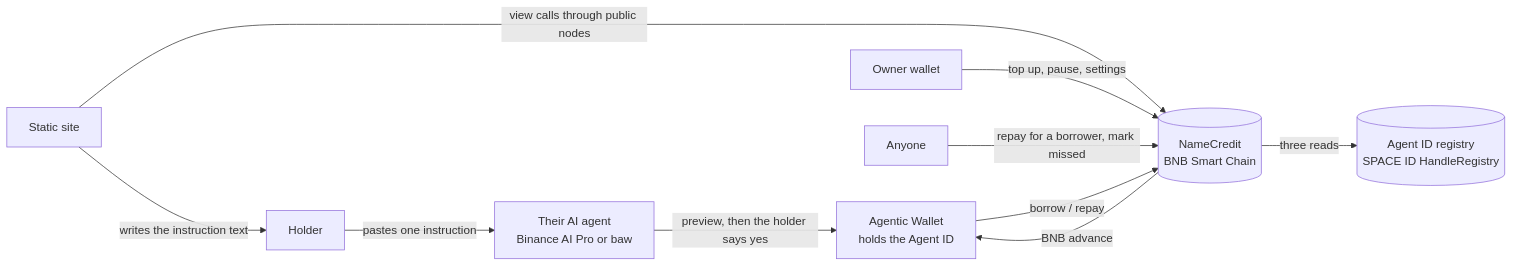
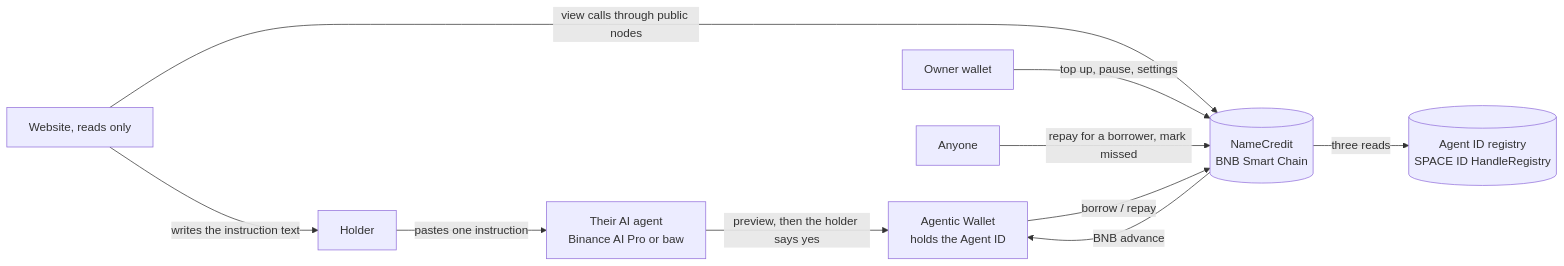
Before and after one commit to ramakrishnanhulk20/nan: the first of 3 diagrams in ARCHITECTURE.md, drawn with Mermaid. The commit also changed other lines of this file and 2 other files, not shown here.

Commit message:
Link the live site and describe it accurately

````diff
--- a/ARCHITECTURE.md
+++ b/ARCHITECTURE.md
@@ -7,12 +7,12 @@
 ```mermaid
 flowchart LR
   H[Holder] -->|pastes one instruction| A[Their AI agent<br/>Binance AI Pro or baw]
   A -->|preview, then the holder says yes| W[Agentic Wallet<br/>holds the Agent ID]
   W -->|borrow / repay| C[(NameCredit<br/>BNB Smart Chain)]
   C -->|three reads| R[(Agent ID registry<br/>SPACE ID HandleRegistry)]
   C -->|BNB advance| W
   O[Owner wallet] -->|top up, pause, settings| C
-  S[Static site] -->|view calls through public nodes| C
+  S[Website, reads only] -->|view calls through public nodes| C
   S -->|writes the instruction text| H
   K[Anyone] -->|repay for a borrower, mark missed| C
 ```
````
